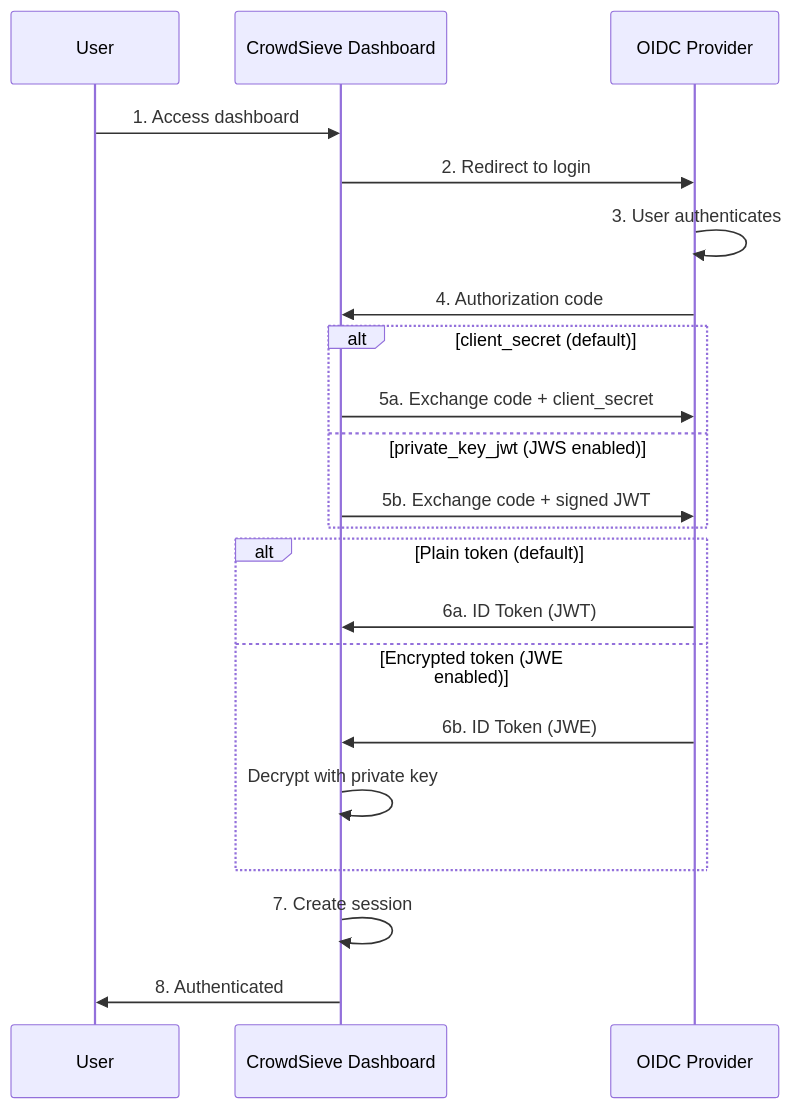
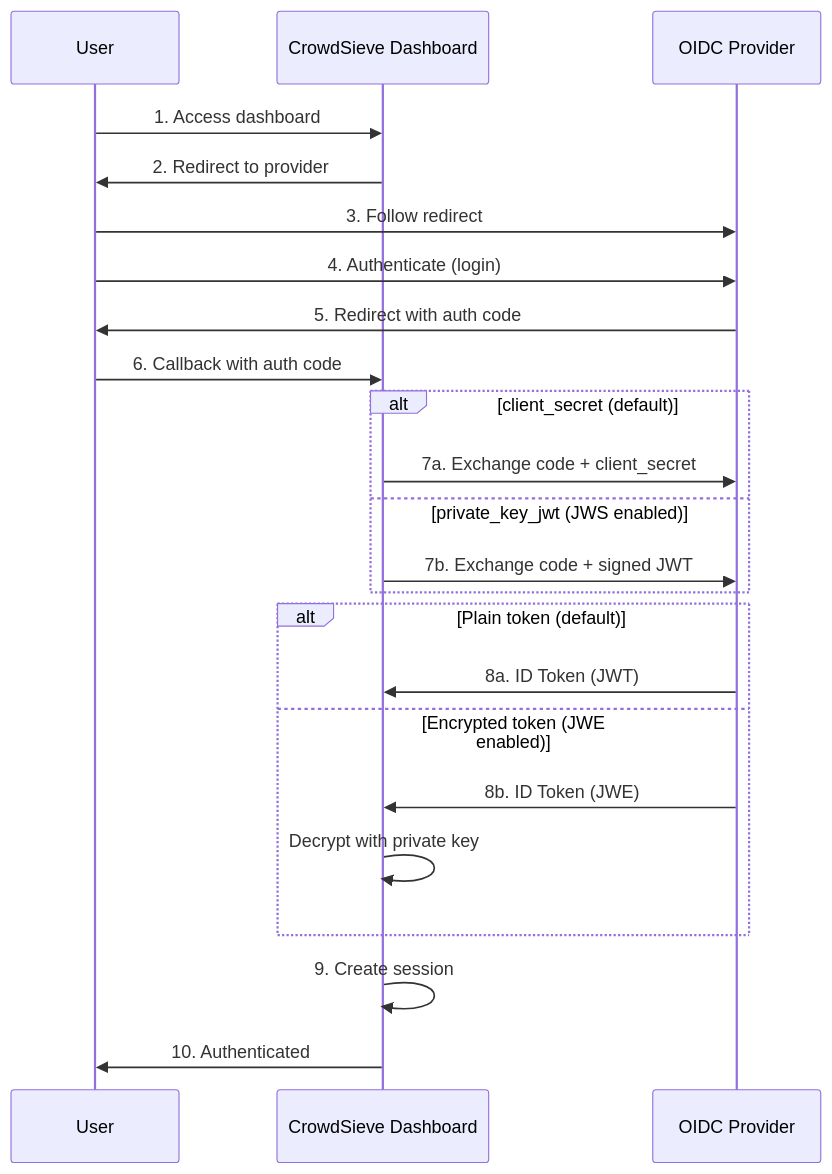
One commit to linagora/crowdsieve changed the diagram in doc/oidc-authentication.md. Above: the diagram before and after it, drawn with Mermaid.

Commit message:
Fix OIDC sequence diagram: redirects go through user
The browser-based redirect flow correctly shows:
- Dashboard redirects user to provider
- User authenticates at provider
- Provider redirects user back with auth code

````diff
--- a/doc/oidc-authentication.md
+++ b/doc/oidc-authentication.md
@@ -7,27 +7,29 @@
 ```mermaid
 sequenceDiagram
     participant User
     participant Dashboard as CrowdSieve Dashboard
     participant Provider as OIDC Provider
 
     User->>Dashboard: 1. Access dashboard
-    Dashboard->>Provider: 2. Redirect to login
-    Provider->>Provider: 3. User authenticates
-    Provider->>Dashboard: 4. Authorization code
+    Dashboard->>User: 2. Redirect to provider
+    User->>Provider: 3. Follow redirect
+    User->>Provider: 4. Authenticate (login)
+    Provider->>User: 5. Redirect with auth code
+    User->>Dashboard: 6. Callback with auth code
 
     alt client_secret (default)
-        Dashboard->>Provider: 5a. Exchange code + client_secret
+        Dashboard->>Provider: 7a. Exchange code + client_secret
     else private_key_jwt (JWS enabled)
-        Dashboard->>Provider: 5b. Exchange code + signed JWT
+        Dashboard->>Provider: 7b. Exchange code + signed JWT
     end
 
     alt Plain token (default)
-        Provider->>Dashboard: 6a. ID Token (JWT)
+        Provider->>Dashboard: 8a. ID Token (JWT)
     else Encrypted token (JWE enabled)
-        Provider->>Dashboard: 6b. ID Token (JWE)
+        Provider->>Dashboard: 8b. ID Token (JWE)
         Dashboard->>Dashboard: Decrypt with private key
     end
 
-    Dashboard->>Dashboard: 7. Create session
-    Dashboard->>User: 8. Authenticated
+    Dashboard->>Dashboard: 9. Create session
+    Dashboard->>User: 10. Authenticated
 ```
````
